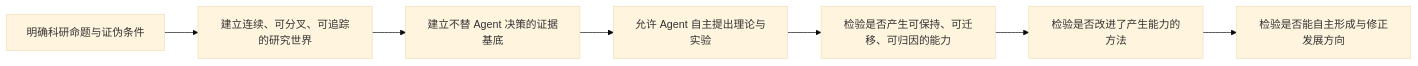
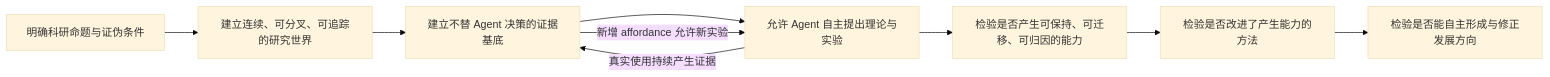
Before and after one commit to eonpaper123/Agentic-Evo: the second of 2 diagrams in docs/开发框架.md, drawn with Mermaid (base theme). The commit also changed other lines of this file and 23 other files, not shown here.

````diff
--- a/docs/开发框架.md
+++ b/docs/开发框架.md
@@ -487,12 +487,16 @@
 ```mermaid
 flowchart LR
     Q["明确科研命题与证伪条件"]
     W["建立连续、可分叉、可追踪的研究世界"]
     B["建立不替 Agent 决策的证据基底"]
     X["允许 Agent 自主提出理论与实验"]
     C["检验是否产生可保持、可迁移、可归因的能力"]
     M["检验是否改进了产生能力的方法"]
     F["检验是否能自主形成与修正发展方向"]
 
-    Q --> W --> B --> X --> C --> M --> F
+    Q --> W --> B
+    B --> X
+    X --> C --> M --> F
+    X -->|真实使用持续产生证据| B
+    B -->|新增 affordance 允许新实验| X
 ```
````
